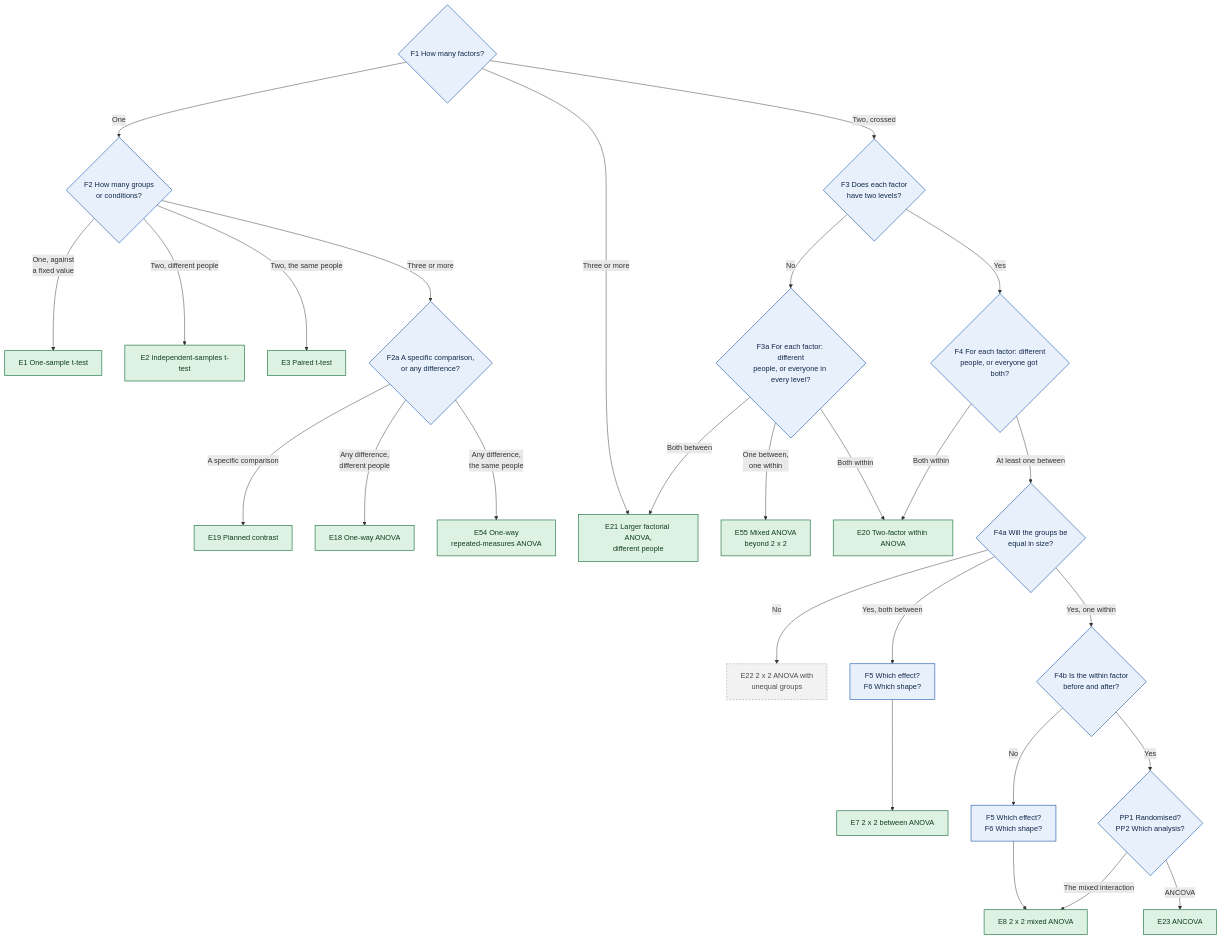
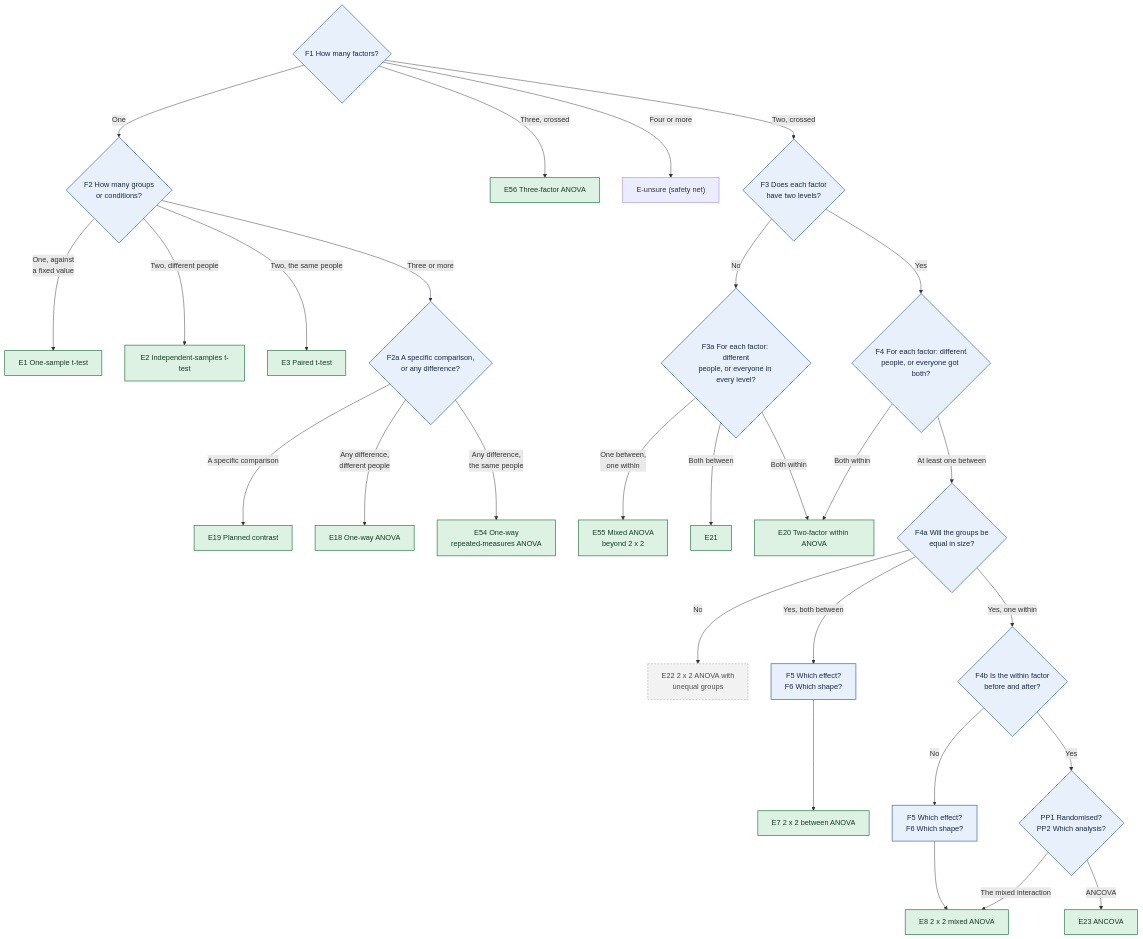
Before and after one commit to JoelThornton/Powerkit: the fourth of 11 diagrams in docs/decision-tree.md, drawn with Mermaid. The commit also changed other lines of this file and 32 other files, not shown here.

First line of the commit message:
Add the three-factor ANOVA (any mix of between and within factors)

````diff
--- a/docs/decision-tree.md
+++ b/docs/decision-tree.md
@@ -329,38 +329,39 @@
 ```mermaid
 flowchart TD
   F1{"F1 How many factors?"}
   F1 -->|One| F2{"F2 How many groups<br/>or conditions?"}
   F2 -->|One, against<br/>a fixed value| E1["E1 One-sample t-test"]
   F2 -->|Two, different people| E2["E2 Independent-samples t-test"]
   F2 -->|Two, the same people| E3["E3 Paired t-test"]
   F2 -->|Three or more| F2a{"F2a A specific comparison,<br/>or any difference?"}
   F2a -->|A specific comparison| E19["E19 Planned contrast"]
   F2a -->|Any difference,<br/>different people| E18["E18 One-way ANOVA"]
   F2a -->|Any difference,<br/>the same people| E54["E54 One-way<br/>repeated-measures ANOVA"]
-  F1 -->|Three or more| E21["E21 Larger factorial ANOVA,<br/>different people"]
+  F1 -->|Three, crossed| E56["E56 Three-factor ANOVA"]
+  F1 -->|Four or more| UNS1["E-unsure (safety net)"]
   F1 -->|Two, crossed| F3{"F3 Does each factor<br/>have two levels?"}
   F3 -->|No| F3a{"F3a For each factor: different<br/>people, or everyone in every level?"}
   F3a -->|One between,<br/>one within| E55["E55 Mixed ANOVA<br/>beyond 2 x 2"]
   F3a -->|Both between| E21
   F3a -->|Both within| E20
   F3 -->|Yes| F4{"F4 For each factor: different<br/>people, or everyone got both?"}
   F4 -->|Both within| E20["E20 Two-factor within ANOVA"]
   F4 -->|At least one between| F4a{"F4a Will the groups be<br/>equal in size?"}
   F4a -->|No| E22["E22 2 x 2 ANOVA with<br/>unequal groups"]
   F4a -->|Yes, both between| F5b["F5 Which effect?<br/>F6 Which shape?"]
   F5b --> E7["E7 2 x 2 between ANOVA"]
   F4a -->|Yes, one within| F4b{"F4b Is the within factor<br/>before and after?"}
   F4b -->|No| F5m["F5 Which effect?<br/>F6 Which shape?"]
   F5m --> E8["E8 2 x 2 mixed ANOVA"]
   F4b -->|Yes| PP{"PP1 Randomised?<br/>PP2 Which analysis?"}
   PP -->|The mixed interaction| E8
   PP -->|ANCOVA| E23["E23 ANCOVA"]
   class F1,F2,F2a,F3,F3a,F4,F4a,F4b,PP,F5b,F5m q
-  class E1,E2,E3,E7,E8,E18,E19,E20,E21,E23,E54,E55 avail
+  class E1,E2,E3,E7,E8,E18,E19,E20,E21,E23,E54,E55,E56 avail
   class E22 later
   classDef q fill:#E8F0FB,stroke:#3B6FB6,color:#14284B,stroke-width:1.5px
   classDef avail fill:#DDF2E3,stroke:#2E7D4F,color:#123D24,stroke-width:1.5px
   classDef spec fill:#FFF0D1,stroke:#B97A00,color:#4A3200,stroke-width:1.5px
   classDef later fill:#F2F2F2,stroke:#9A9A9A,color:#4D4D4D,stroke-width:1px,stroke-dasharray:4 3
   classDef jump fill:#FFFFFF,stroke:#3B6FB6,color:#14284B,stroke-width:1.5px,stroke-dasharray:6 3
 ```
````
